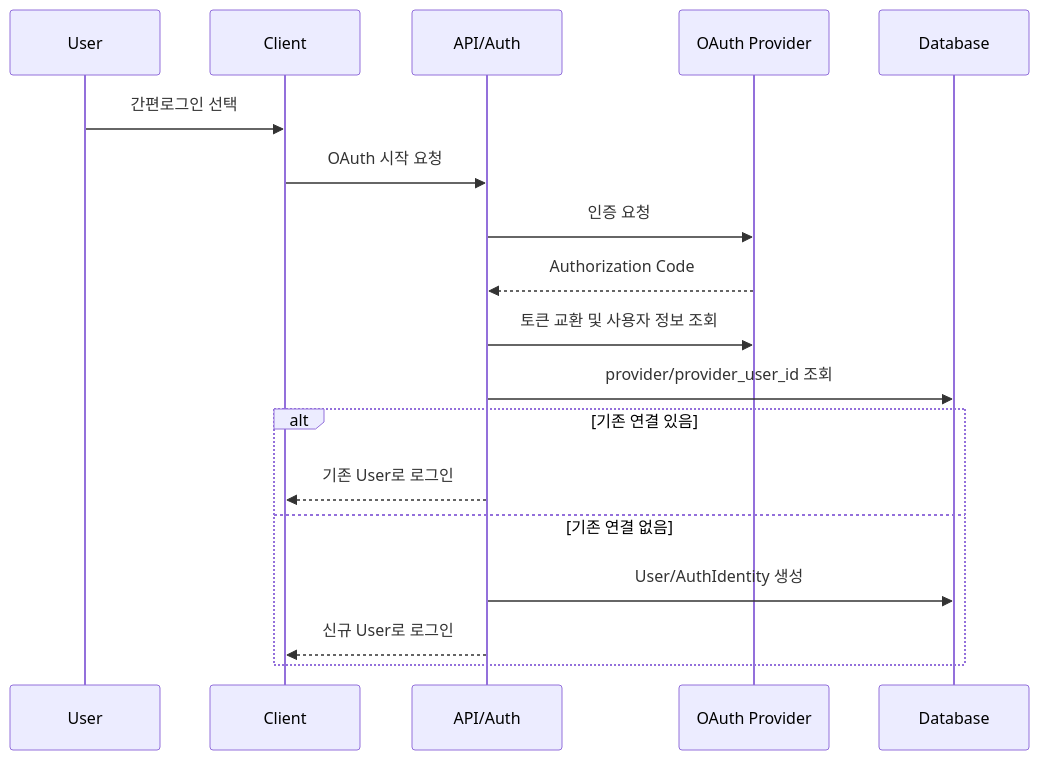
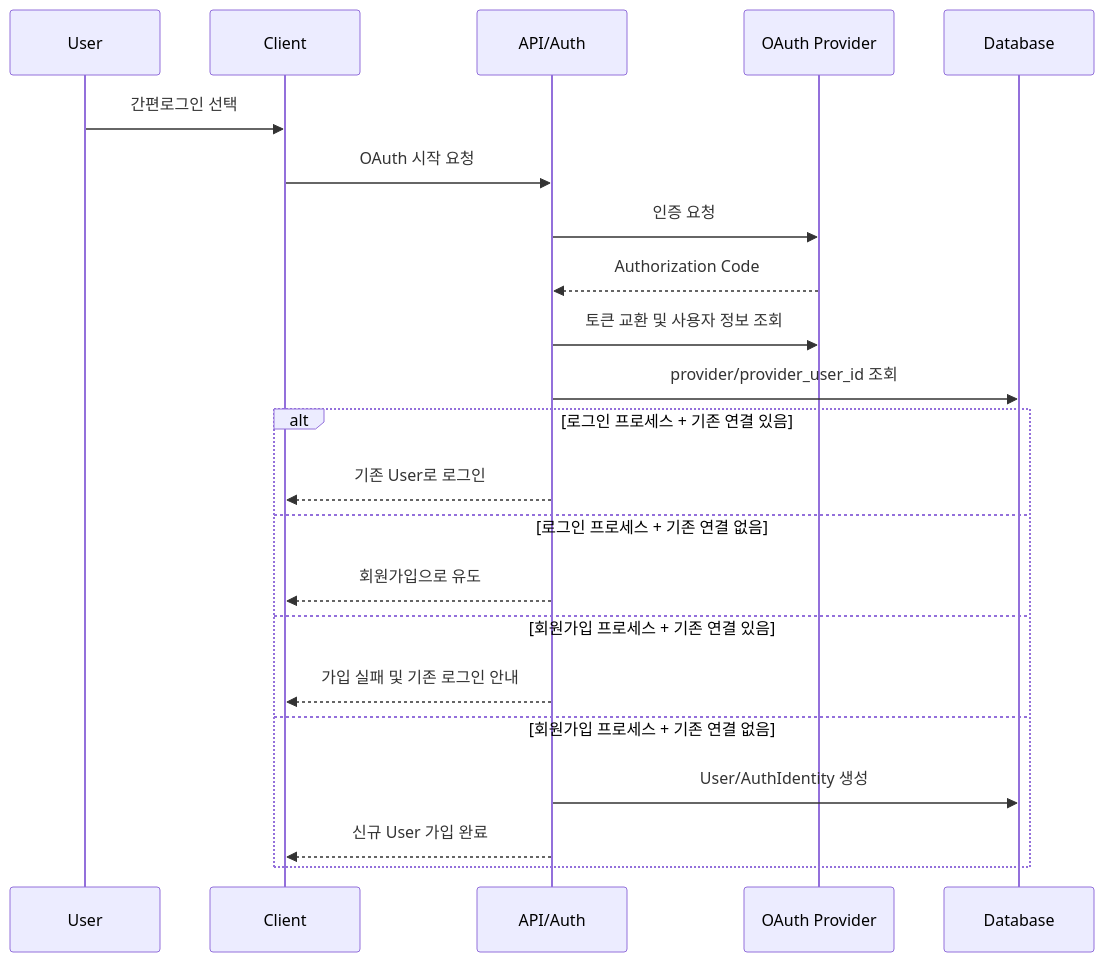
The second of 4 diagrams in docs/00_산출물/01_프로젝트산출물/03_아키텍처문서.md (jkoogit/PDFowers), drawn with Mermaid before and after one commit. The commit also changed other lines of this file and 11 other files, not shown here.

````diff
--- a/docs/00_산출물/01_프로젝트산출물/03_아키텍처문서.md
+++ b/docs/00_산출물/01_프로젝트산출물/03_아키텍처문서.md
@@ -78,21 +83,25 @@
 ```mermaid
 sequenceDiagram
     participant U as User
     participant C as Client
     participant A as API/Auth
     participant O as OAuth Provider
     participant D as Database
 
     U->>C: 간편로그인 선택
     C->>A: OAuth 시작 요청
     A->>O: 인증 요청
     O-->>A: Authorization Code
     A->>O: 토큰 교환 및 사용자 정보 조회
     A->>D: provider/provider_user_id 조회
-    alt 기존 연결 있음
+    alt 로그인 프로세스 + 기존 연결 있음
         A-->>C: 기존 User로 로그인
-    else 기존 연결 없음
+    else 로그인 프로세스 + 기존 연결 없음
+        A-->>C: 회원가입으로 유도
+    else 회원가입 프로세스 + 기존 연결 있음
+        A-->>C: 가입 실패 및 기존 로그인 안내
+    else 회원가입 프로세스 + 기존 연결 없음
         A->>D: User/AuthIdentity 생성
-        A-->>C: 신규 User로 로그인
+        A-->>C: 신규 User 가입 완료
     end
 ```
````
